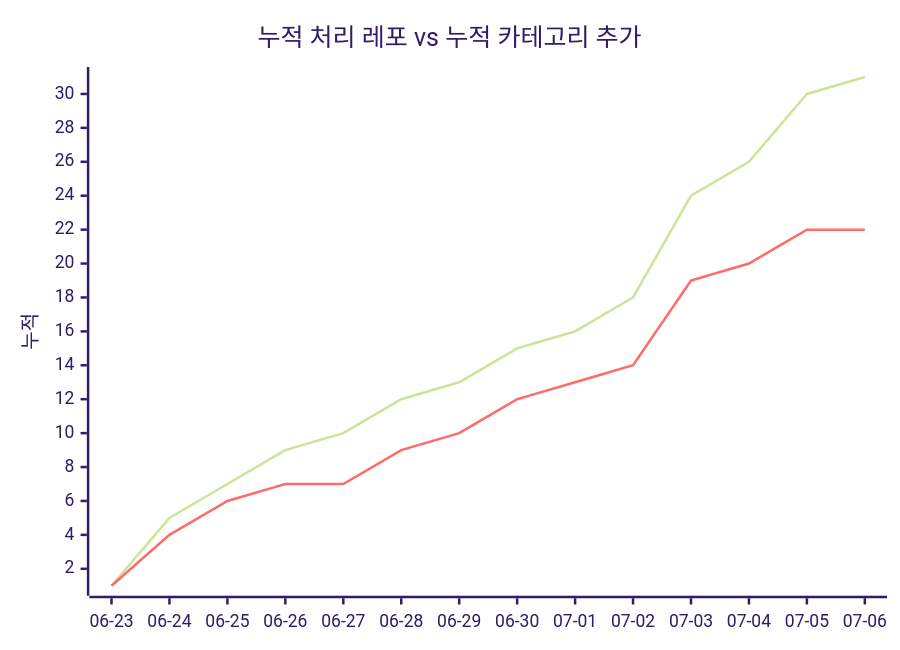
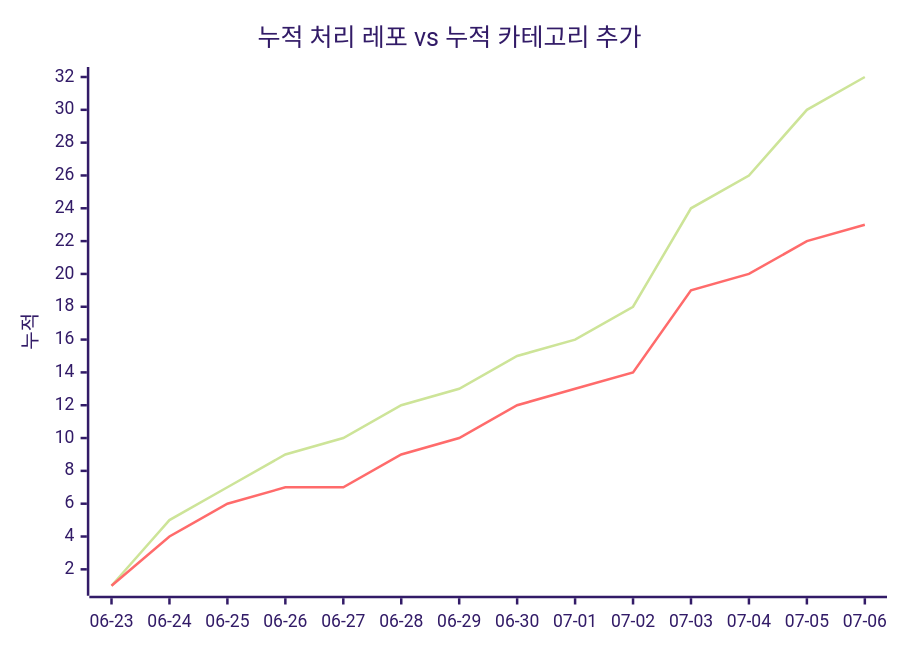
One commit to J-nowcow/awesome-korean-agent-skills changed the second of 2 diagrams in docs/trends.md. Above: the diagram before and after it, drawn with Mermaid (forest theme). The commit also changed other lines of this file and 3 other files, not shown here.

````diff
--- a/docs/trends.md
+++ b/docs/trends.md
@@ -68,8 +68,8 @@
 ```mermaid
 xychart-beta
     title "누적 처리 레포 vs 누적 카테고리 추가"
     x-axis ["06-23","06-24","06-25","06-26","06-27","06-28","06-29","06-30","07-01","07-02","07-03","07-04","07-05","07-06"]
     y-axis "누적"
-    line [1,5,7,9,10,12,13,15,16,18,24,26,30,31]
-    line [1,4,6,7,7,9,10,12,13,14,19,20,22,22]
+    line [1,5,7,9,10,12,13,15,16,18,24,26,30,32]
+    line [1,4,6,7,7,9,10,12,13,14,19,20,22,23]
 ```
````
